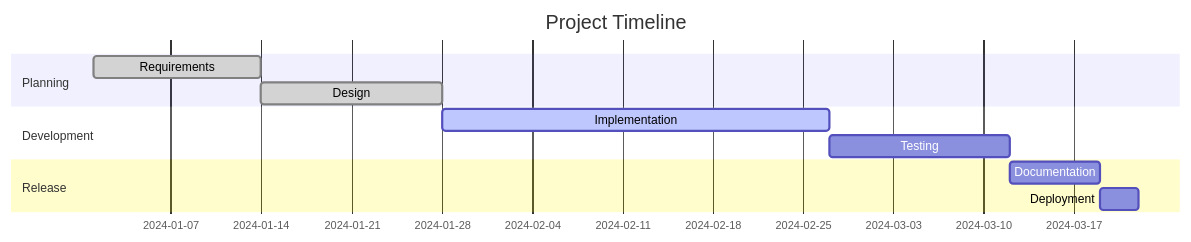
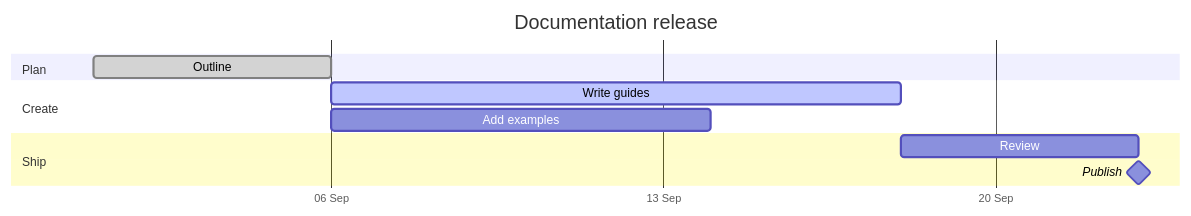
The ninth of 12 diagrams in docs/reference/diagrams.md (r4sky0/sphinx-lumina-theme), drawn with Mermaid before and after one commit. The commit also changed other lines of this file and 9 other files, not shown here.

Commit message:
feat(mermaid): refine diagram design and natural sizing (#150)

````diff
--- a/docs/reference/diagrams.md
+++ b/docs/reference/diagrams.md
@@ -197,14 +207,18 @@
 ```{mermaid}
 gantt
-    title Project Timeline
-    dateFormat  YYYY-MM-DD
-    section Planning
-        Requirements     :done, req, 2024-01-01, 2024-01-14
-        Design           :done, des, after req, 14d
-    section Development
-        Implementation   :active, impl, after des, 30d
-        Testing          :test, after impl, 14d
-    section Release
-        Documentation    :doc, after test, 7d
-        Deployment       :deploy, after doc, 3d
+    accTitle: Documentation release plan
+    accDescr: Planning is complete, writing is active, and review precedes publication.
+    title Documentation release
+    dateFormat YYYY-MM-DD
+    axisFormat %d %b
+    tickInterval 1week
+    todayMarker off
+    section Plan
+        Outline       :done, plan, 2026-09-01, 5d
+    section Create
+        Write guides  :active, write, after plan, 12d
+        Add examples  :examples, after plan, 8d
+    section Ship
+        Review        :review, after write, 5d
+        Publish       :milestone, after review, 0d
 ```
````
